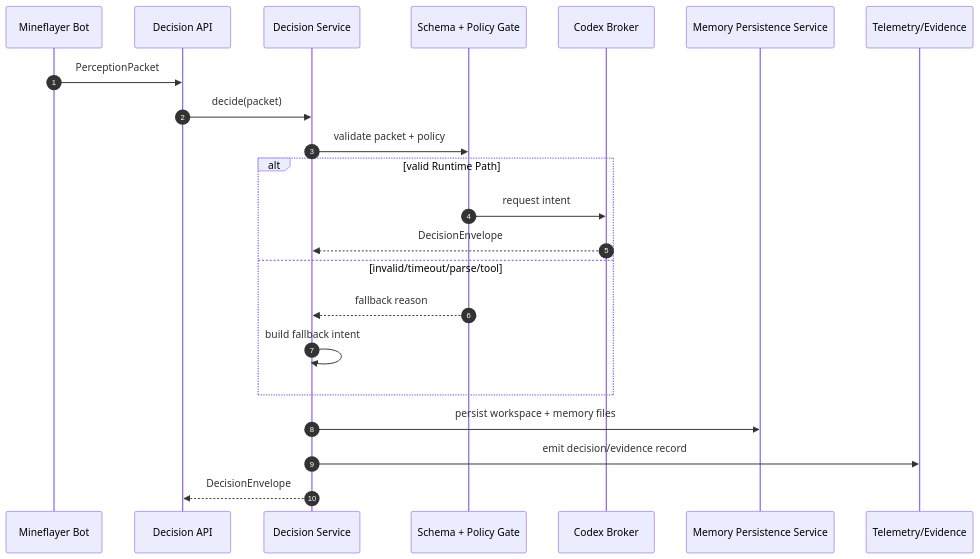
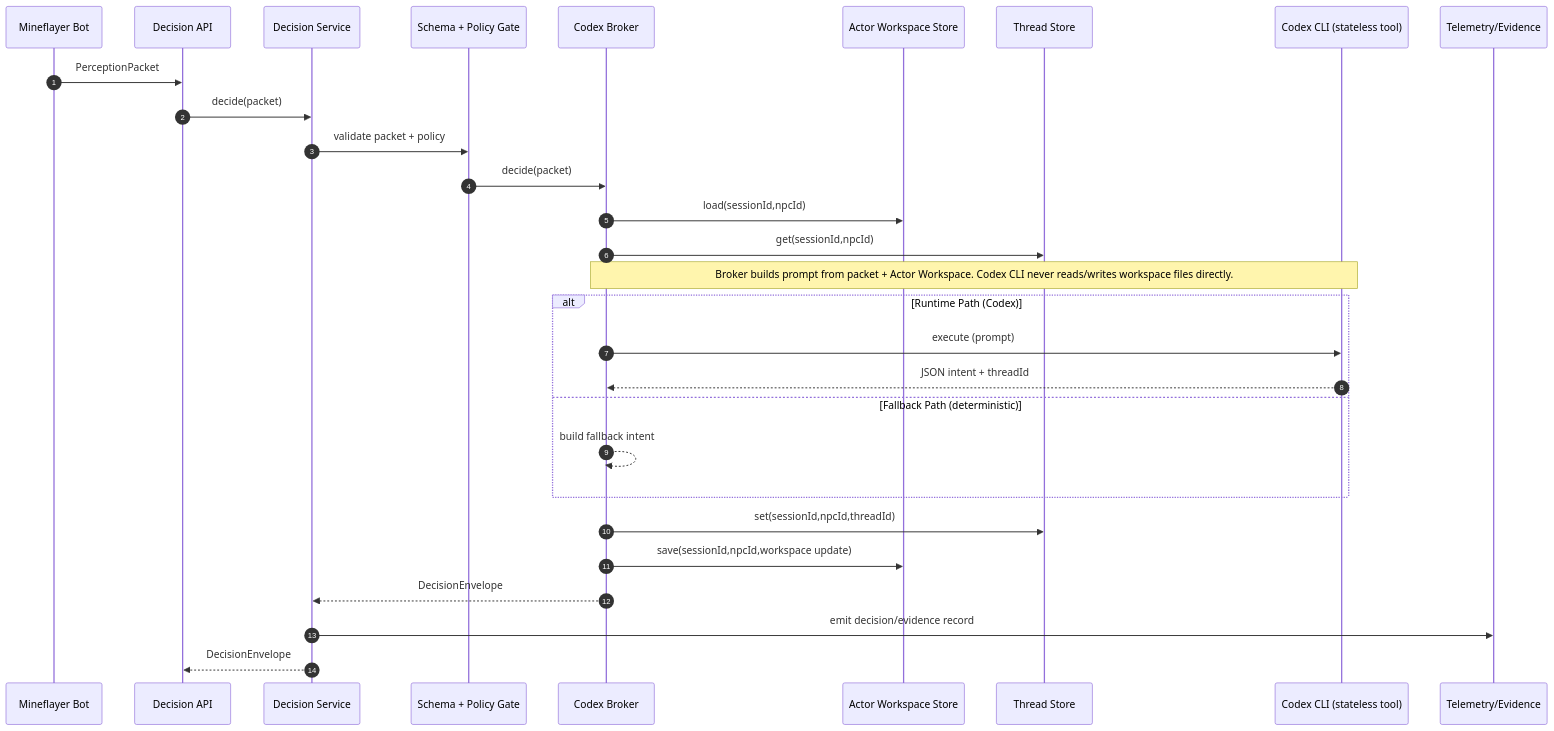
One commit to gigio1023/dream-of-one changed the second of 3 diagrams in docs/overview.md. Above: the diagram before and after it, drawn with Mermaid. The commit also changed other lines of this file and 3 other files, not shown here.

First line of the commit message:
docs: clarify Actor Workspace ↔ Codex prompt coupling in Mermaid

````diff
--- a/docs/overview.md
+++ b/docs/overview.md
@@ -37,25 +37,32 @@
 ```mermaid
 sequenceDiagram
   autonumber
   participant Bot as Mineflayer Bot
   participant Api as Decision API
   participant Service as Decision Service
   participant Gate as Schema + Policy Gate
   participant Broker as Codex Broker
-  participant Memory as Memory Persistence Service
+  participant Workspace as Actor Workspace Store
+  participant Thread as Thread Store
+  participant Codex as Codex CLI (stateless tool)
   participant Evidence as Telemetry/Evidence
 
   Bot->>Api: PerceptionPacket
   Api->>Service: decide(packet)
   Service->>Gate: validate packet + policy
-  alt valid Runtime Path
-    Gate->>Broker: request intent
-    Broker-->>Service: DecisionEnvelope
-  else invalid/timeout/parse/tool
-    Gate-->>Service: fallback reason
-    Service->>Service: build fallback intent
+  Gate->>Broker: decide(packet)
+  Broker->>Workspace: load(sessionId,npcId)
+  Broker->>Thread: get(sessionId,npcId)
+  Note over Broker,Codex: Broker builds prompt from packet + Actor Workspace. Codex CLI never reads/writes workspace files directly.
+  alt Runtime Path (Codex)
+    Broker->>Codex: execute (prompt)
+    Codex-->>Broker: JSON intent + threadId
+  else Fallback Path (deterministic)
+    Broker-->>Broker: build fallback intent
   end
-  Service->>Memory: persist workspace + memory files
+  Broker->>Thread: set(sessionId,npcId,threadId)
+  Broker->>Workspace: save(sessionId,npcId,workspace update)
+  Broker-->>Service: DecisionEnvelope
   Service->>Evidence: emit decision/evidence record
   Service-->>Api: DecisionEnvelope
 ```
````
